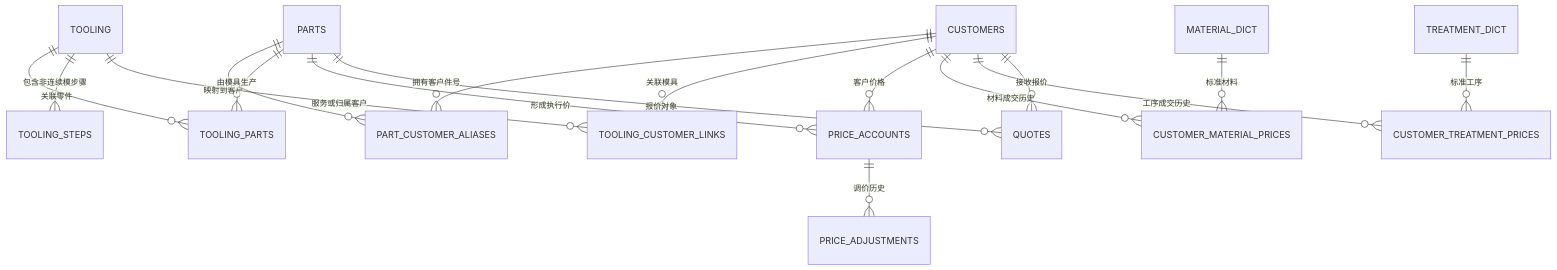
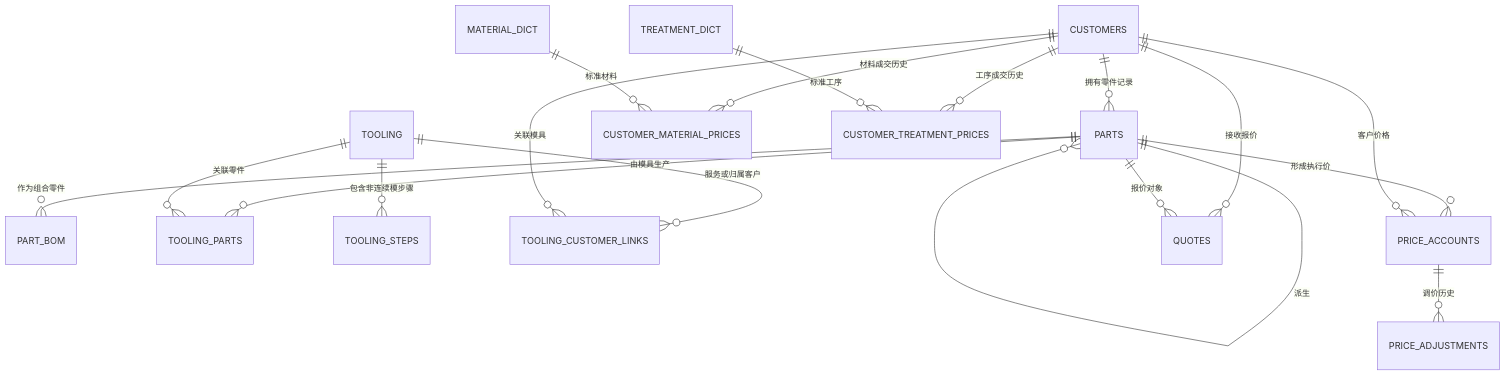
One commit to Zephyer206/TY_TEST_ERP changed the diagram in specs/001-erp-system-architecture/data-model.md. Above: the diagram before and after it, drawn with Mermaid. The commit also changed other lines of this file and 598 other files, not shown here.

````diff
--- a/specs/001-erp-system-architecture/data-model.md
+++ b/specs/001-erp-system-architecture/data-model.md
@@ -36,19 +40,20 @@
 ```mermaid
 erDiagram
-    CUSTOMERS ||--o{ PART_CUSTOMER_ALIASES : "拥有客户件号"
-    PARTS ||--o{ PART_CUSTOMER_ALIASES : "映射到客户"
+    CUSTOMERS ||--o{ PARTS : "拥有零件记录"
+    PARTS ||--o{ PARTS : "派生"
+    PARTS ||--o{ PART_BOM : "作为组合零件"
     PARTS ||--o{ TOOLING_PARTS : "由模具生产"
     TOOLING ||--o{ TOOLING_PARTS : "关联零件"
     TOOLING ||--o{ TOOLING_STEPS : "包含非连续模步骤"
     TOOLING ||--o{ TOOLING_CUSTOMER_LINKS : "服务或归属客户"
     CUSTOMERS ||--o{ TOOLING_CUSTOMER_LINKS : "关联模具"
     PARTS ||--o{ PRICE_ACCOUNTS : "形成执行价"
     CUSTOMERS ||--o{ PRICE_ACCOUNTS : "客户价格"
     PRICE_ACCOUNTS ||--o{ PRICE_ADJUSTMENTS : "调价历史"
     CUSTOMERS ||--o{ CUSTOMER_MATERIAL_PRICES : "材料成交历史"
     MATERIAL_DICT ||--o{ CUSTOMER_MATERIAL_PRICES : "标准材料"
     CUSTOMERS ||--o{ CUSTOMER_TREATMENT_PRICES : "工序成交历史"
     TREATMENT_DICT ||--o{ CUSTOMER_TREATMENT_PRICES : "标准工序"
     CUSTOMERS ||--o{ QUOTES : "接收报价"
     PARTS ||--o{ QUOTES : "报价对象"
 ```
````
